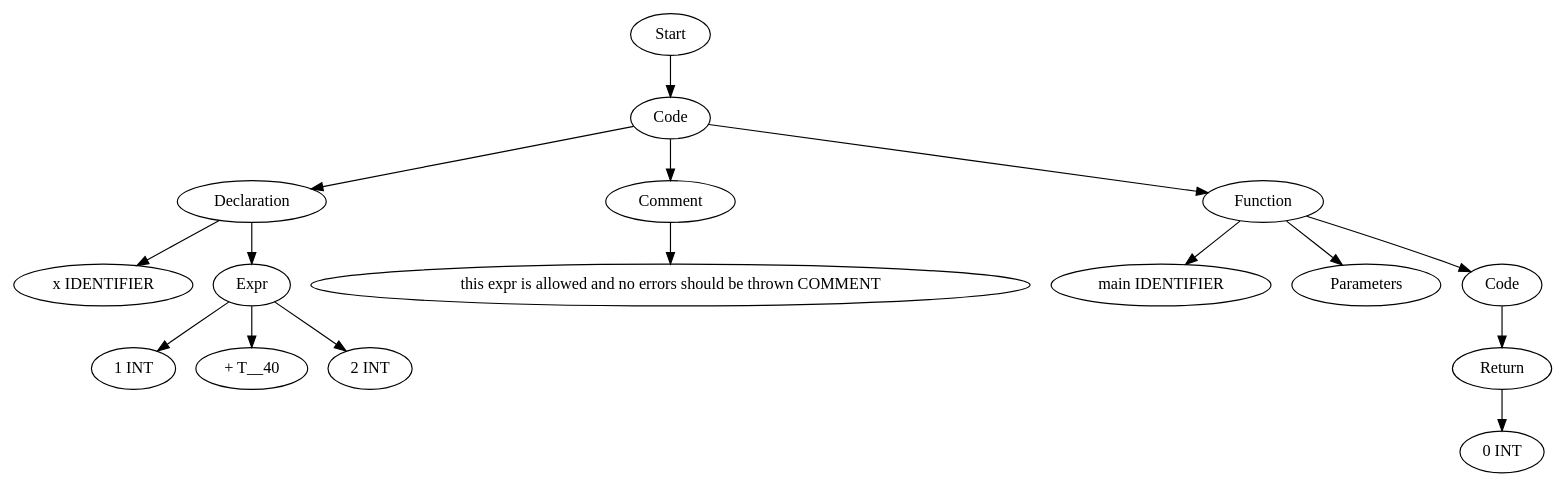
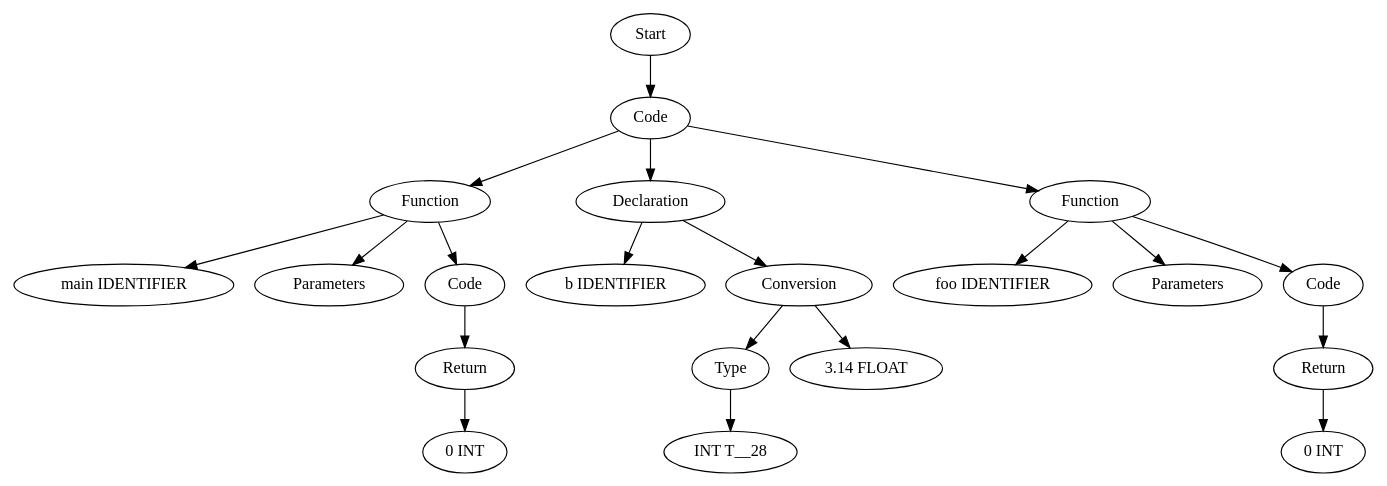
The diagram in TestCases/ASTTests/ConstraintsTests/createTests/read_file_after.dot (Are-you-listening/Compilers), drawn with Graphviz before and after one commit. The commit also changed 340 other files, not shown here.

Commit message:
Changed a lot of tests to support errors when no return, and some other bug fixes/added some more tests

```diff
--- a/TestCases/ASTTests/ConstraintsTests/createTests/read_file_after.dot
+++ b/TestCases/ASTTests/ConstraintsTests/createTests/read_file_after.dot
@@ -1,33 +1,41 @@
 digraph AST {
-  "126932684690320" [label="Start"];
-  "126932684690320" -> "126932684694016";
-  "126932684694016" [label="Code"];
-  "126932684694016" -> "126932684693296";
-  "126932684694016" -> "126932684694544";
-  "126932684694016" -> "126932684693392";
-  "126932684693296" [label="Declaration"];
-  "126932684693296" -> "126932684694640";
-  "126932684693296" -> "126932684696896";
-  "126932684694640" [label="x IDENTIFIER"];
-  "126932684696896" [label="Expr"];
-  "126932684696896" -> "126932684693248";
-  "126932684696896" -> "126932684693440";
-  "126932684696896" -> "126932684693632";
-  "126932684693248" [label="1 INT"];
-  "126932684693440" [label="+ T__40"];
-  "126932684693632" [label="2 INT"];
-  "126932684694544" [label="Comment"];
-  "126932684694544" -> "126932684693488";
-  "126932684693488" [label=" this expr is allowed and no errors should be thrown COMMENT"];
-  "126932684693392" [label="Function"];
-  "126932684693392" -> "126932684693536";
-  "126932684693392" -> "126932684693728";
-  "126932684693392" -> "126932684693872";
-  "126932684693536" [label="main IDENTIFIER"];
-  "126932684693728" [label="Parameters"];
-  "126932684693872" [label="Code"];
-  "126932684693872" -> "126932684693824";
-  "126932684693824" [label="Return"];
-  "126932684693824" -> "126932684693968";
-  "126932684693968" [label="0 INT"];
+  "125638522333968" [label="Start"];
+  "125638522333968" -> "125638522329408";
+  "125638522329408" [label="Code"];
+  "125638522329408" -> "125638522325328";
+  "125638522329408" -> "125638522336368";
+  "125638522329408" -> "125638522330512";
+  "125638522325328" [label="Function"];
+  "125638522325328" -> "125638522333920";
+  "125638522325328" -> "125638522334928";
+  "125638522325328" -> "125638522336656";
+  "125638522333920" [label="main IDENTIFIER"];
+  "125638522334928" [label="Parameters"];
+  "125638522336656" [label="Code"];
+  "125638522336656" -> "125638522338384";
+  "125638522338384" [label="Return"];
+  "125638522338384" -> "125638522338192";
+  "125638522338192" [label="0 INT"];
+  "125638522336368" [label="Declaration"];
+  "125638522336368" -> "125638522339152";
+  "125638522336368" -> "125638522339200";
+  "125638522339152" [label="b IDENTIFIER"];
+  "125638522339200" [label="Conversion"];
+  "125638522339200" -> "125638522336848";
+  "125638522339200" -> "125638522336800";
+  "125638522336848" [label="Type"];
+  "125638522336848" -> "125638522339296";
+  "125638522339296" [label="INT T__28"];
+  "125638522336800" [label="3.14 FLOAT"];
+  "125638522330512" [label="Function"];
+  "125638522330512" -> "125638522337040";
+  "125638522330512" -> "125638522339248";
+  "125638522330512" -> "125638522337760";
+  "125638522337040" [label="foo IDENTIFIER"];
+  "125638522339248" [label="Parameters"];
+  "125638522337760" [label="Code"];
+  "125638522337760" -> "125638522337376";
+  "125638522337376" [label="Return"];
+  "125638522337376" -> "125638522336416";
+  "125638522336416" [label="0 INT"];
 }
```
